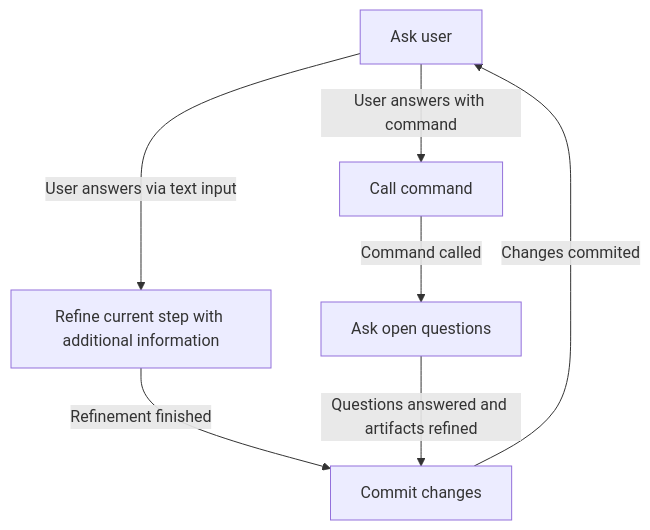
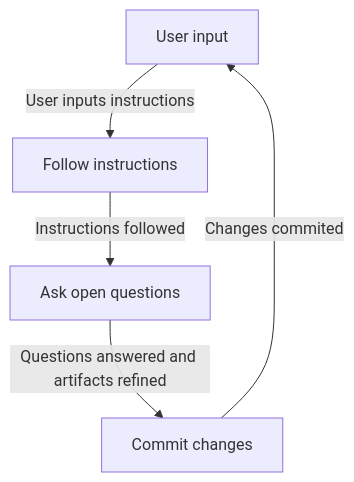
Before and after one commit to aserowy/yeet: the diagram in .opencode/agents/openspec.md, drawn with Mermaid. The commit also changed other lines of this file and 9 other files, not shown here.

````diff
--- a/.opencode/agents/openspec.md
+++ b/.opencode/agents/openspec.md
@@ -34,10 +34,8 @@
 ```mermaid
 flowchart TD
-    A[Ask user]
-    A -->|User answers via text input| B[Refine current step with additional information]
-    B -->|Refinement finished| E[Commit changes]
-    A -->|User answers with command| C[Call command]
-    C -->|Command called| D[Ask open questions]
+    A[User input]
+    A -->|User inputs instructions| B[Follow instructions]
+    B -->|Instructions followed| D[Ask open questions]
     D -->|Questions answered and artifacts refined| E[Commit changes]
     E -->|Changes commited| A
 ```
````
